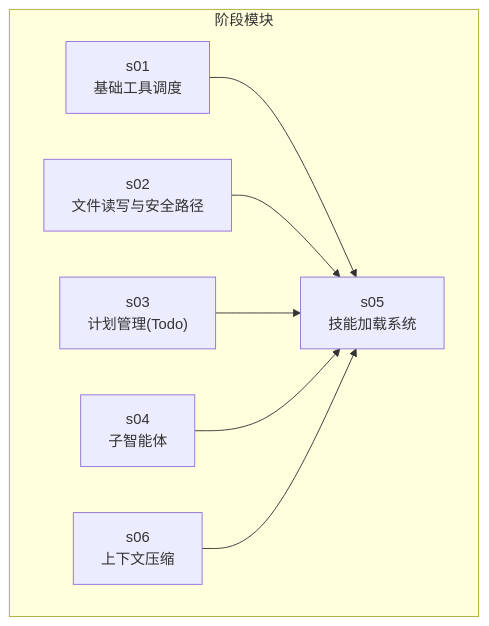
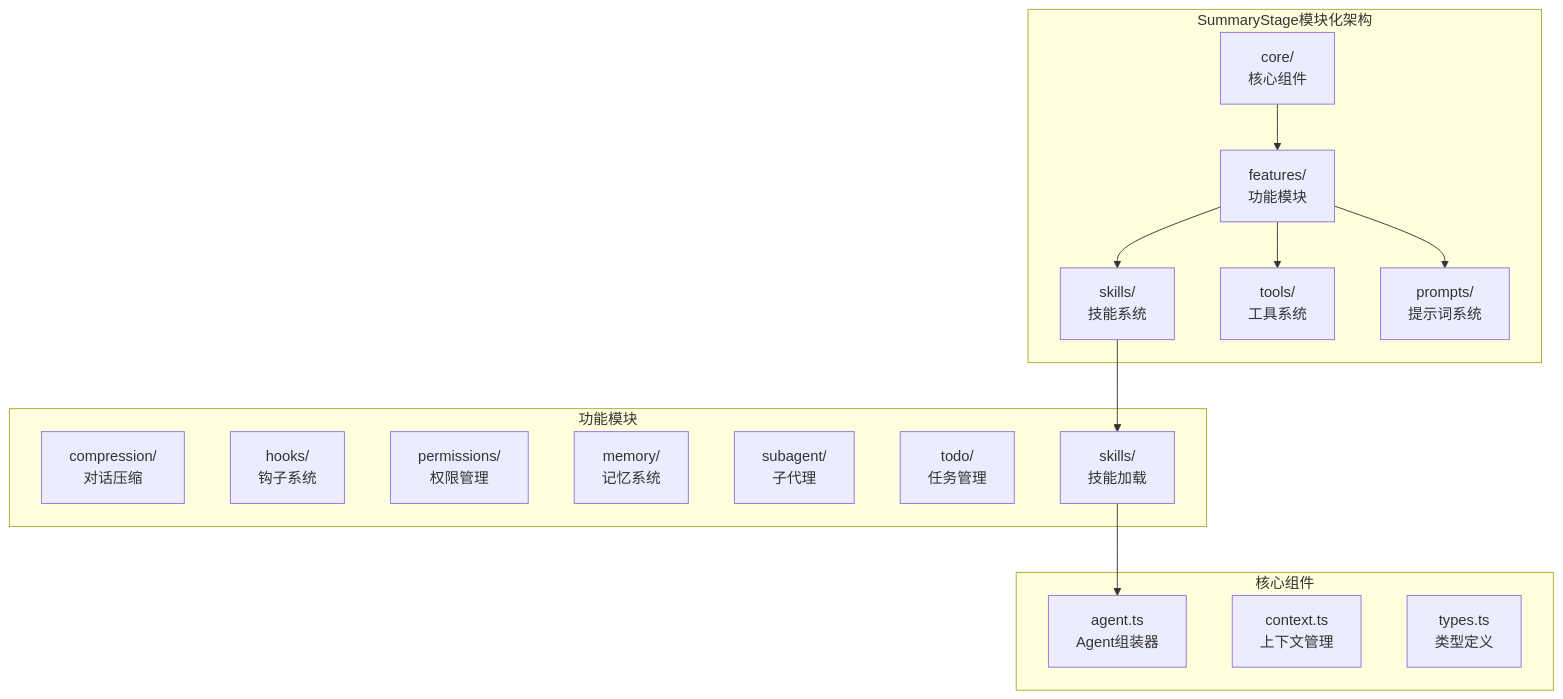
One commit to eurekaYYzero/Mini-Claude-Code changed the first of 7 diagrams in .qoder/repowiki/zh/content/核心功能详解/技能加载系统.md. Above: the diagram before and after it, drawn with Mermaid. The commit also changed other lines of this file and 27 other files, not shown here.

````diff
--- a/.qoder/repowiki/zh/content/核心功能详解/技能加载系统.md
+++ b/.qoder/repowiki/zh/content/核心功能详解/技能加载系统.md
@@ -46,16 +51,30 @@
 ```mermaid
 graph TB
-subgraph "阶段模块"
-S01["s01<br/>基础工具调度"]
-S02["s02<br/>文件读写与安全路径"]
-S03["s03<br/>计划管理(Todo)"]
-S04["s04<br/>子智能体"]
-S05["s05<br/>技能加载系统"]
-S06["s06<br/>上下文压缩"]
+subgraph "SummaryStage模块化架构"
+Core["core/<br/>核心组件"]
+Features["features/<br/>功能模块"]
+Skills["skills/<br/>技能系统"]
+Tools["tools/<br/>工具系统"]
+Prompts["prompts/<br/>提示词系统"]
 end
-S01 --> S05
-S02 --> S05
-S03 --> S05
-S04 --> S05
-S06 --> S05
+Core --> Features
+Features --> Skills
+Features --> Tools
+Features --> Prompts
+subgraph "核心组件"
+Agent["agent.ts<br/>Agent组装器"]
+Context["context.ts<br/>上下文管理"]
+Types["types.ts<br/>类型定义"]
+end
+subgraph "功能模块"
+Compression["compression/<br/>对话压缩"]
+Hooks["hooks/<br/>钩子系统"]
+Permissions["permissions/<br/>权限管理"]
+Memory["memory/<br/>记忆系统"]
+Subagent["subagent/<br/>子代理"]
+Todo["todo/<br/>任务管理"]
+SkillsModule["skills/<br/>技能加载"]
+end
+Skills --> SkillsModule
+SkillsModule --> Agent
 ```
````
